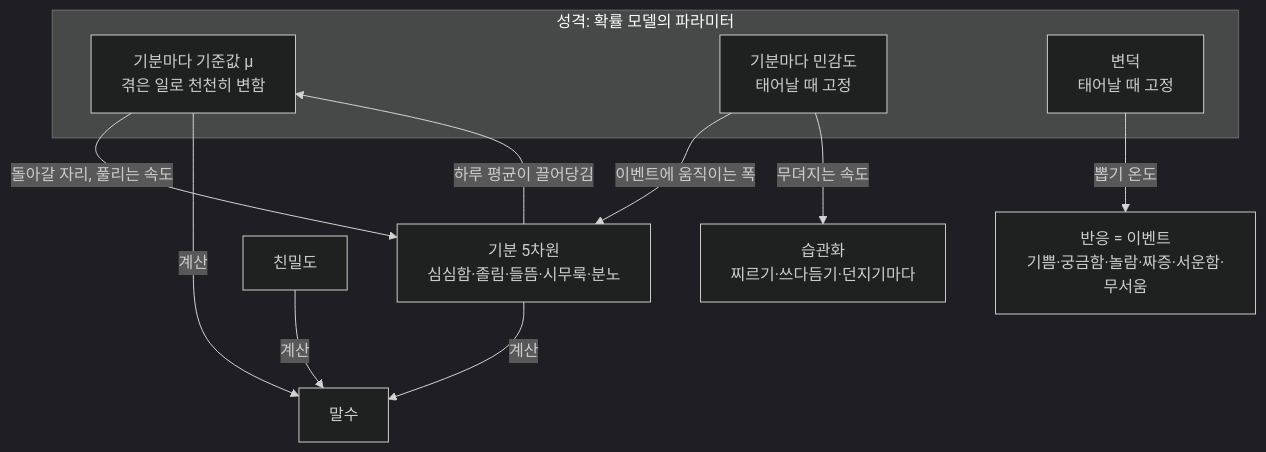
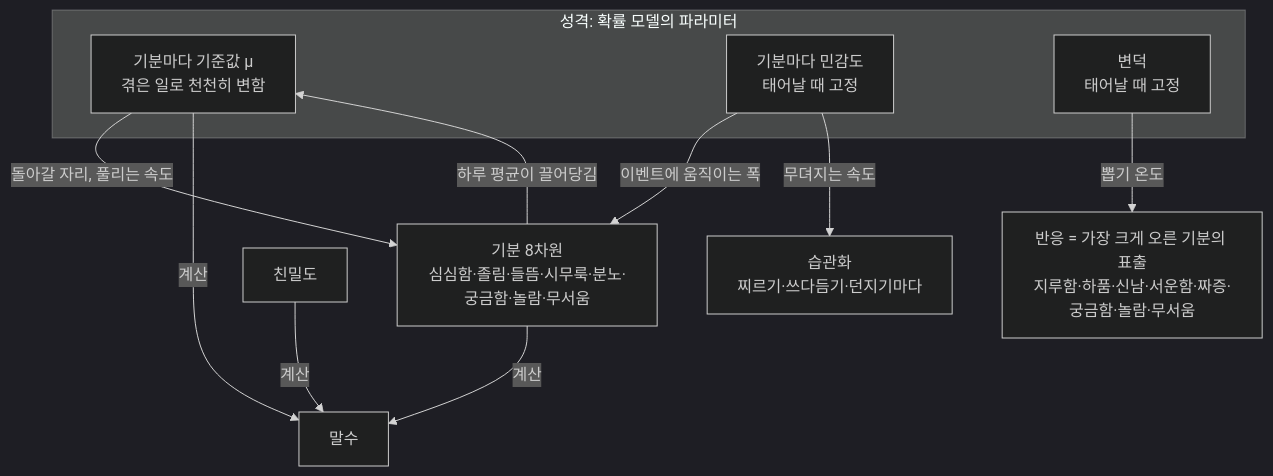
The second of 5 diagrams in ARCHITECTURE.md (HEOSEONGILml/AssistantChatBot), drawn with Mermaid (dark theme) before and after one commit. The commit also changed other lines of this file and 2 other files, not shown here.

Commit message:
docs: 기분 8개·즉각 반응을 ARCHITECTURE·용어집·체크리스트에 반영

````diff
--- a/ARCHITECTURE.md
+++ b/ARCHITECTURE.md
@@ -67,18 +67,18 @@
 ```mermaid
 flowchart TB
   subgraph 성격[성격: 확률 모델의 파라미터]
     MU[기분마다 기준값 μ<br>겪은 일로 천천히 변함]
     S[기분마다 민감도<br>태어날 때 고정]
     W[변덕<br>태어날 때 고정]
   end
-  M[기분 5차원<br>심심함·졸림·들뜸·시무룩·분노]
+  M[기분 8차원<br>심심함·졸림·들뜸·시무룩·분노·궁금함·놀람·무서움]
   I[친밀도]
   H[습관화<br>찌르기·쓰다듬기·던지기마다]
-  R[반응 = 이벤트<br>기쁨·궁금함·놀람·짜증·서운함·무서움]
+  R[반응 = 가장 크게 오른 기분의 표출<br>지루함·하품·신남·서운함·짜증·궁금함·놀람·무서움]
   MU -- 돌아갈 자리, 풀리는 속도 --> M
   S -- 이벤트에 움직이는 폭 --> M
   S -- 무뎌지는 속도 --> H
   M -- 하루 평균이 끌어당김 --> MU
   M & I & MU -- 계산 --> TALK[말수]
   W -- 뽑기 온도 --> R
 ```
````
